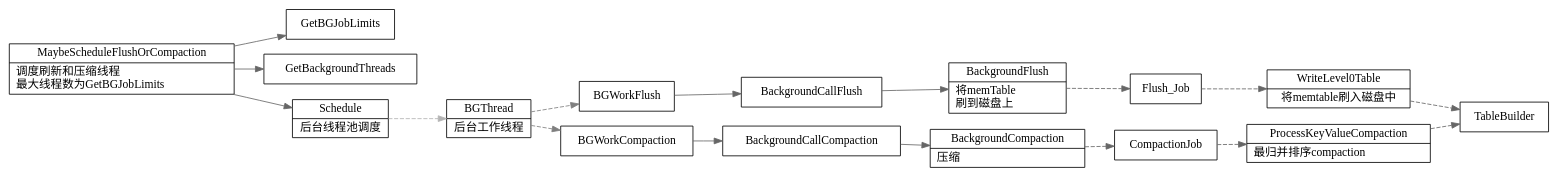
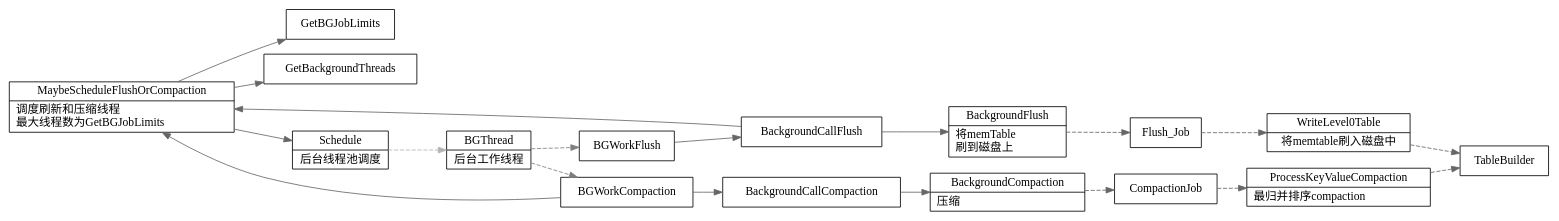
One commit to xieyu/blog changed the diagram in src/rocksdb/MaybeScheduleFlushOrCompaction.dot. Above: the diagram before and after it, drawn with Graphviz. The commit also changed 10 other files, not shown here.

Commit message:
add flush queue put flow

```diff
--- a/src/rocksdb/MaybeScheduleFlushOrCompaction.dot
+++ b/src/rocksdb/MaybeScheduleFlushOrCompaction.dot
@@ -1,80 +1,82 @@
 digraph MaybeScheduleFlushOrCompaction {
   node[shape=box];
   edge[color=gray40];
   newrank=true;
   rankdir=LR;
   MaybeScheduleFlushOrCompaction[shape="record";
     label="{{
       MaybeScheduleFlushOrCompaction|
       调度刷新和压缩线程\l
       最大线程数为GetBGJobLimits\l
     }}";
   ];
   MaybeScheduleFlushOrCompaction -> {
     GetBGJobLimits;
     GetBackgroundThreads;
     Schedule;
   }
   Schedule[shape="record";
     label="{{
       Schedule|
       后台线程池调度
     }}";
   ];
   BGThread[shape="record";
     label="{{
       BGThread|
       后台工作线程
     }}";
   ];
   Schedule -> BGThread[style=dashed;color=gray70];
 
   BGThread -> {
     BGWorkFlush;
     BGWorkCompaction;
   }[style=dashed;color=gray50];
 
   BGWorkFlush -> {
     BackgroundCallFlush;
   }
 
   BackgroundCallFlush -> {
     BackgroundFlush;
+    MaybeScheduleFlushOrCompaction;
   }
   BackgroundFlush[shape="record";
     label="{{
       BackgroundFlush|
       将memTable\l 
       刷到磁盘上\l
     }}";
   ];
   BackgroundFlush -> Flush_Job -> WriteLevel0Table -> TableBuilder[style=dashed;color=gray40];
 
   WriteLevel0Table[shape="record";
     label="{{
       WriteLevel0Table|
       将memtable刷入磁盘中
     }}";
   ];
 
 
   BGWorkCompaction -> {
     BackgroundCallCompaction;
+    MaybeScheduleFlushOrCompaction;
   }
   BackgroundCallCompaction -> {
     BackgroundCompaction;
   }
   BackgroundCompaction[shape="record";
     label="{{
       BackgroundCompaction|
       压缩\l
     }}";
   ];
   BackgroundCompaction -> CompactionJob -> ProcessKeyValueCompaction -> TableBuilder[style=dashed;color=gray40];
   ProcessKeyValueCompaction[shape="record";
     label="{{
       ProcessKeyValueCompaction|
       最归并排序compaction\l
     }}";
   ];
 }
```
